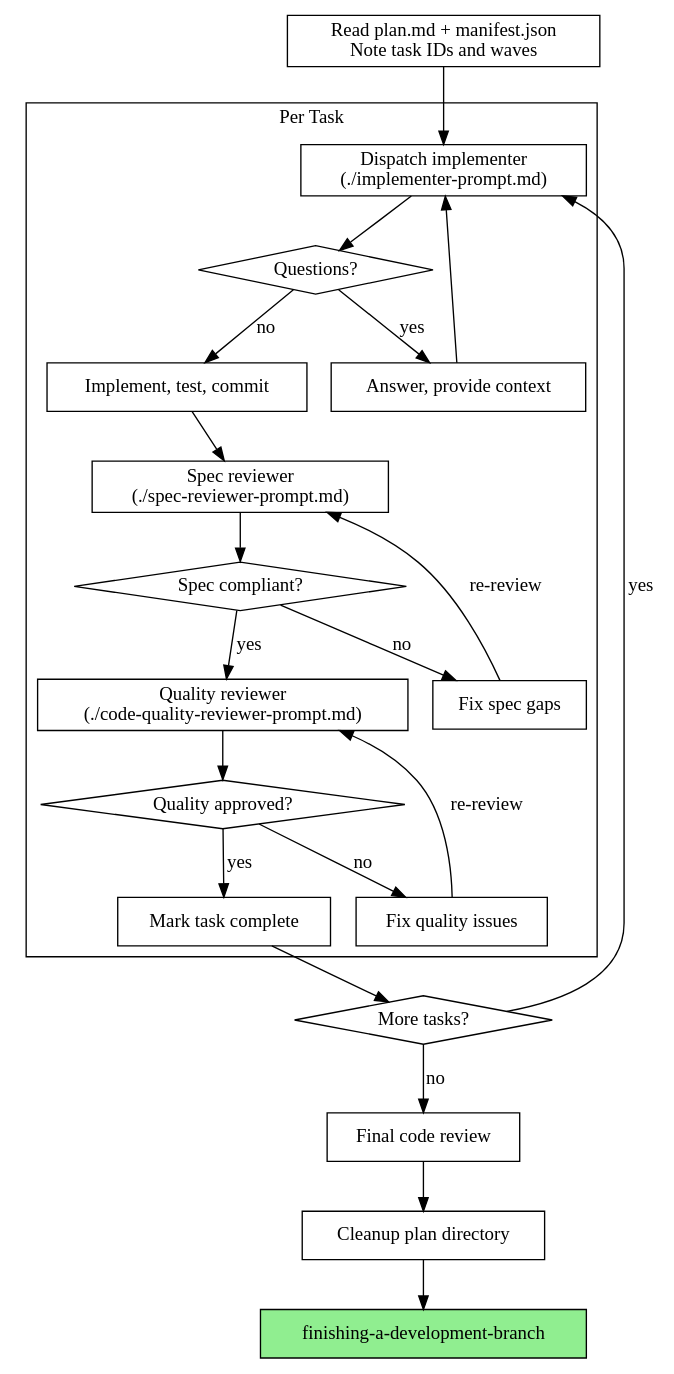
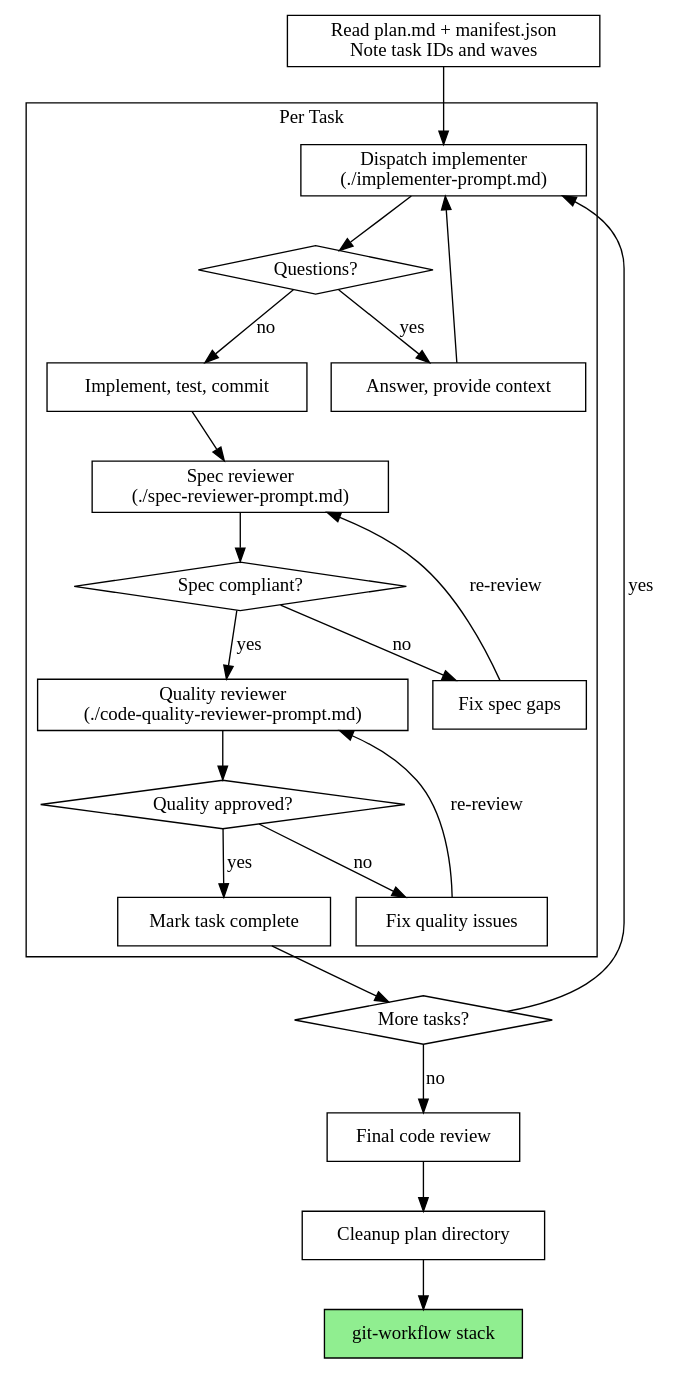
Before and after one commit to HJewkes/agent-skills: the second of 2 diagrams in skills/subagent-driven-development/references/process-detail.md, drawn with Graphviz. The commit also changed 18 other files, not shown here.

First line of the commit message:
Add unified git-workflow skill (#6)

````diff
--- a/skills/subagent-driven-development/references/process-detail.md
+++ b/skills/subagent-driven-development/references/process-detail.md
@@ -25,44 +25,44 @@
 ```dot
 digraph process {
     rankdir=TB;
     subgraph cluster_per_task {
         label="Per Task";
         impl [label="Dispatch implementer\n(./implementer-prompt.md)" shape=box];
         questions [label="Questions?" shape=diamond];
         answer [label="Answer, provide context" shape=box];
         work [label="Implement, test, commit" shape=box];
         spec [label="Spec reviewer\n(./spec-reviewer-prompt.md)" shape=box];
         spec_ok [label="Spec compliant?" shape=diamond];
         spec_fix [label="Fix spec gaps" shape=box];
         quality [label="Quality reviewer\n(./code-quality-reviewer-prompt.md)" shape=box];
         qual_ok [label="Quality approved?" shape=diamond];
         qual_fix [label="Fix quality issues" shape=box];
         done [label="Mark task complete" shape=box];
     }
     start [label="Read plan.md + manifest.json\nNote task IDs and waves" shape=box];
     more [label="More tasks?" shape=diamond];
     final [label="Final code review" shape=box];
     cleanup [label="Cleanup plan directory" shape=box];
-    finish [label="finishing-a-development-branch" shape=box style=filled fillcolor=lightgreen];
+    finish [label="git-workflow stack" shape=box style=filled fillcolor=lightgreen];
 
     start -> impl;
     impl -> questions;
     questions -> answer [label="yes"];
     answer -> impl;
     questions -> work [label="no"];
     work -> spec;
     spec -> spec_ok;
     spec_ok -> spec_fix [label="no"];
     spec_fix -> spec [label="re-review"];
     spec_ok -> quality [label="yes"];
     quality -> qual_ok;
     qual_ok -> qual_fix [label="no"];
     qual_fix -> quality [label="re-review"];
     qual_ok -> done [label="yes"];
     done -> more;
     more -> impl [label="yes"];
     more -> final [label="no"];
     final -> cleanup;
     cleanup -> finish;
 }
 ```
````
